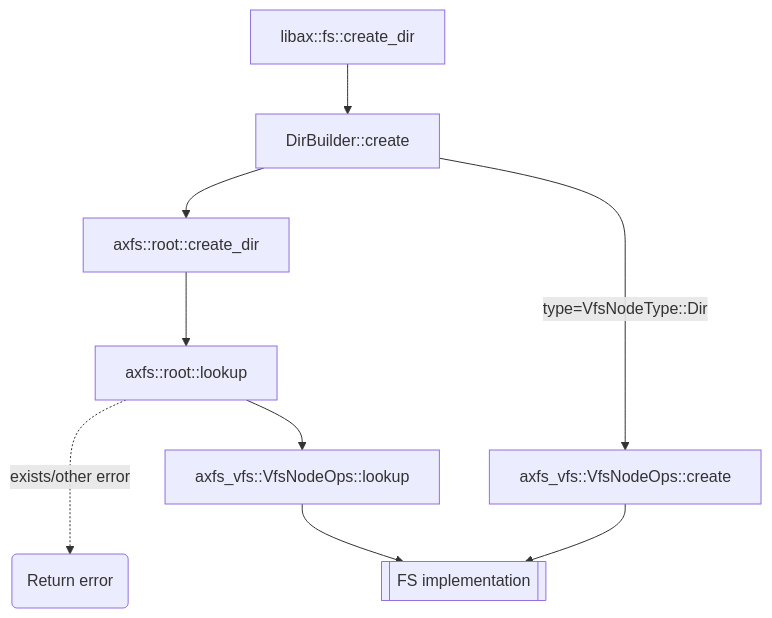
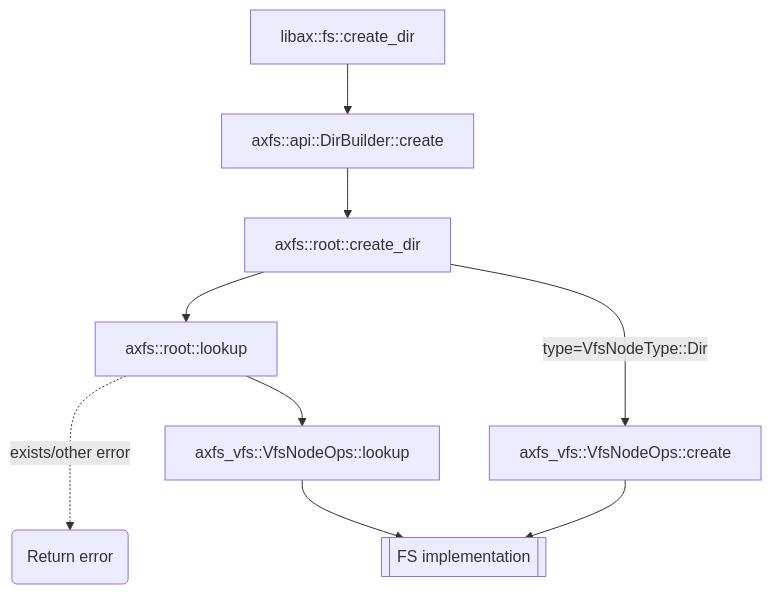
One commit to Starry-OS/Starry changed the third of 8 diagrams in apps_fs_shell.md. Above: the diagram before and after it, drawn with Mermaid.

Commit message:
Fix create directory in shell doc

````diff
--- a/apps_fs_shell.md
+++ b/apps_fs_shell.md
@@ -228,9 +228,9 @@
 ```mermaid
 graph TD
-	lib_mkdir[libax::fs::create_dir] --> builder_create["DirBuilder::create"]
+	lib_mkdir[libax::fs::create_dir] --> builder_create["axfs::api::DirBuilder::create"]
 	builder_create --> root_create[axfs::root::create_dir] --> lookup[axfs::root::lookup]
 	lookup -..-> |exists/other error| err(Return error)
-	builder_create -->|type=VfsNodeType::Dir| node_create[axfs_vfs::VfsNodeOps::create] --> fs_impl[[FS implementation]]
+	root_create -->|type=VfsNodeType::Dir| node_create[axfs_vfs::VfsNodeOps::create] --> fs_impl[[FS implementation]]
 
 	lookup --> vfs_lookup["axfs_vfs::VfsNodeOps::lookup"] --> fs_impl[[FS implementation]]
 ```
````
